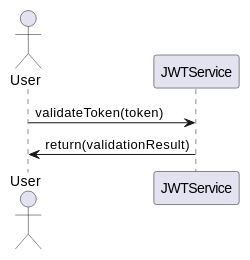
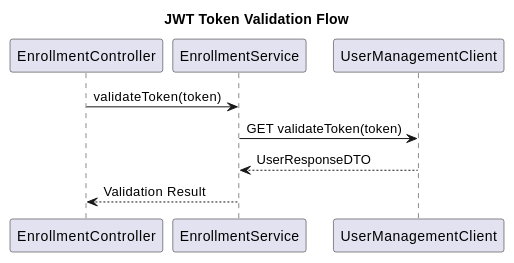
The third of 5 diagrams in enrollment/documentation/detaileddesign.adoc (Dinesh-s95/AutoDoc.ai), drawn with PlantUML before and after one commit. The commit also changed other lines of this file and 23 other files, not shown here.

```diff
--- a/enrollment/documentation/detaileddesign.adoc
+++ b/enrollment/documentation/detaileddesign.adoc
@@ -137,10 +134,9 @@
-[plantuml, sequence-jwt-validation, png]
-....
-@startuml
-actor User
-participant "JWTService" as JS
+[plantuml, runtime-sequence]
+----
+title JWT Token Validation Flow
 
-User -> JS : validateToken(token)
-JS -> User : return(validationResult)
-@enduml
-....
+EnrollmentController -> EnrollmentService: validateToken(token)
+EnrollmentService -> UserManagementClient: GET validateToken(token)
+UserManagementClient --> EnrollmentService: UserResponseDTO
+EnrollmentService --> EnrollmentController: Validation Result
+----
```
